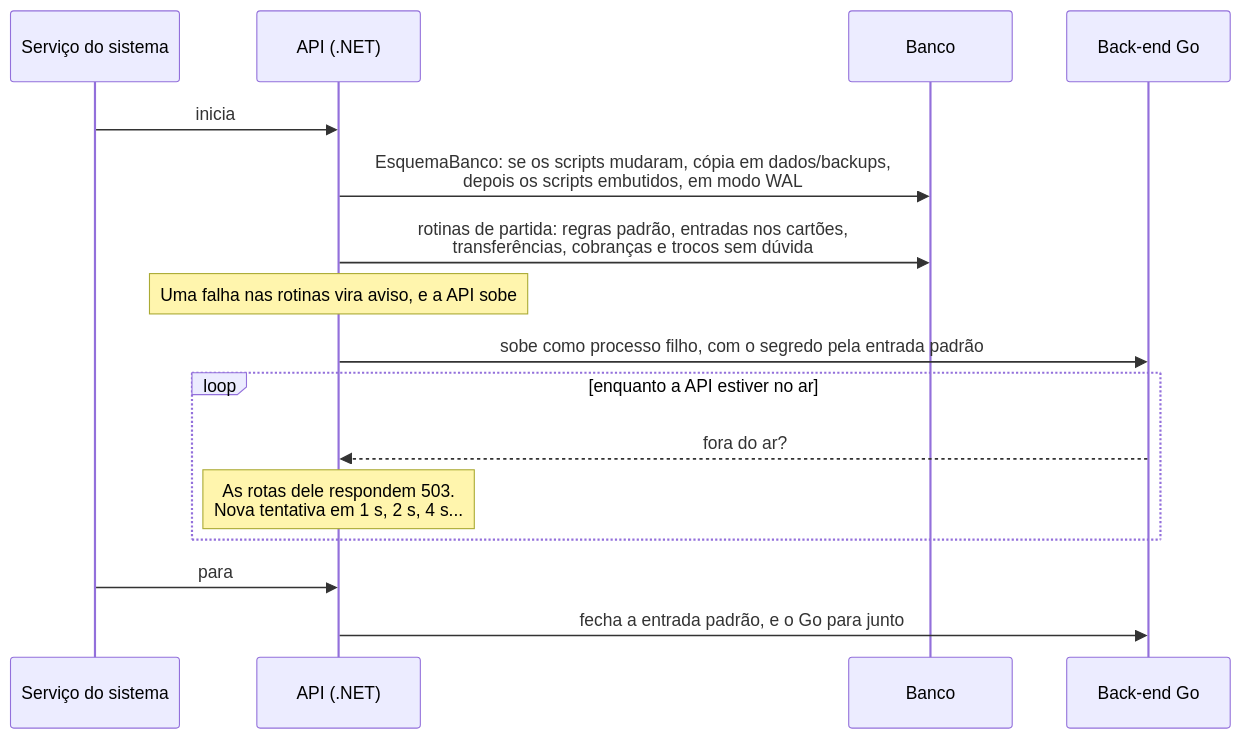
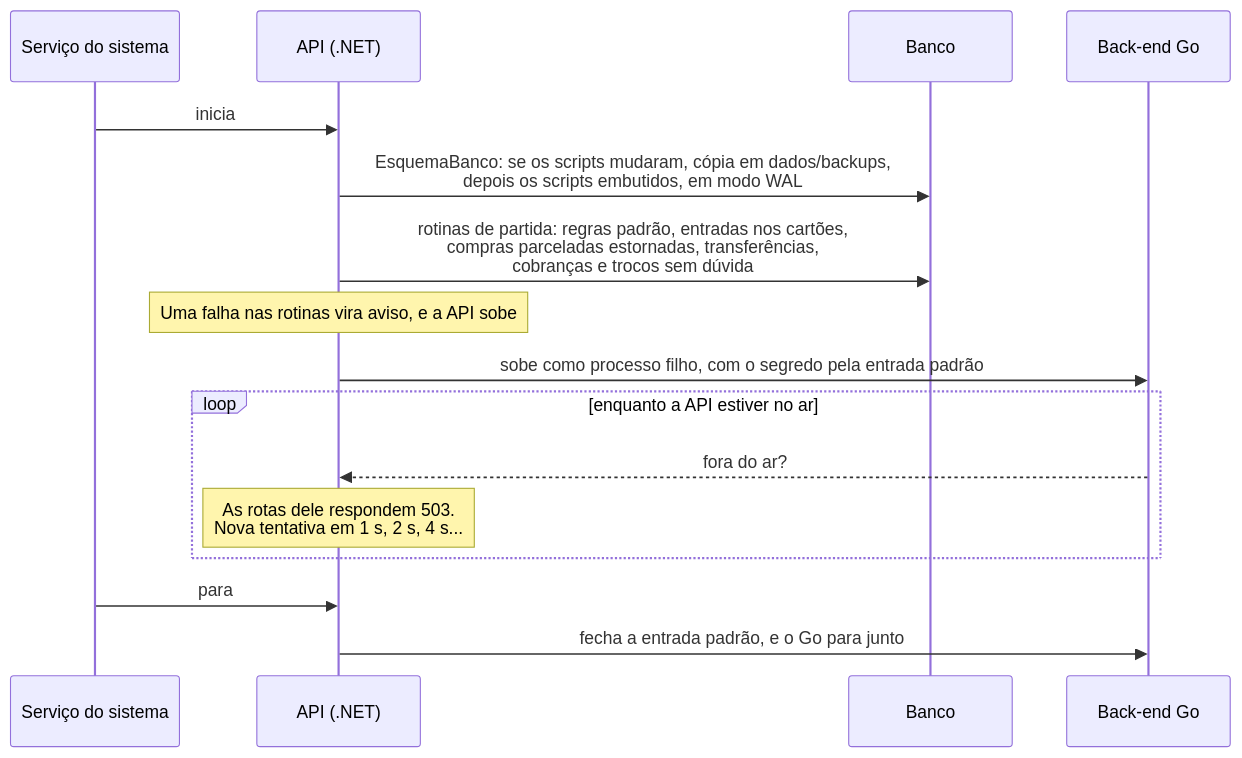
One commit to LucasDesenvGit/financas-local changed the third of 5 diagrams in docs/arquitetura/fluxos.md. Above: the diagram before and after it, drawn with Mermaid. The commit also changed other lines of this file and 10 other files, not shown here.

````diff
--- a/docs/arquitetura/fluxos.md
+++ b/docs/arquitetura/fluxos.md
@@ -82,19 +82,19 @@
 ```mermaid
 sequenceDiagram
     participant Svc as Serviço do sistema
     participant API as API (.NET)
     participant BD as Banco
     participant Go as Back-end Go
 
     Svc->>API: inicia
     API->>BD: EsquemaBanco: se os scripts mudaram, cópia em dados/backups,<br/>depois os scripts embutidos, em modo WAL
-    API->>BD: rotinas de partida: regras padrão, entradas nos cartões,<br/>transferências, cobranças e trocos sem dúvida
+    API->>BD: rotinas de partida: regras padrão, entradas nos cartões,<br/>compras parceladas estornadas, transferências,<br/>cobranças e trocos sem dúvida
     Note over API: Uma falha nas rotinas vira aviso, e a API sobe
     API->>Go: sobe como processo filho, com o segredo pela entrada padrão
     loop enquanto a API estiver no ar
         Go-->>API: fora do ar?
         Note over API: As rotas dele respondem 503.<br/>Nova tentativa em 1 s, 2 s, 4 s...
     end
     Svc->>API: para
     API->>Go: fecha a entrada padrão, e o Go para junto
 ```
````
